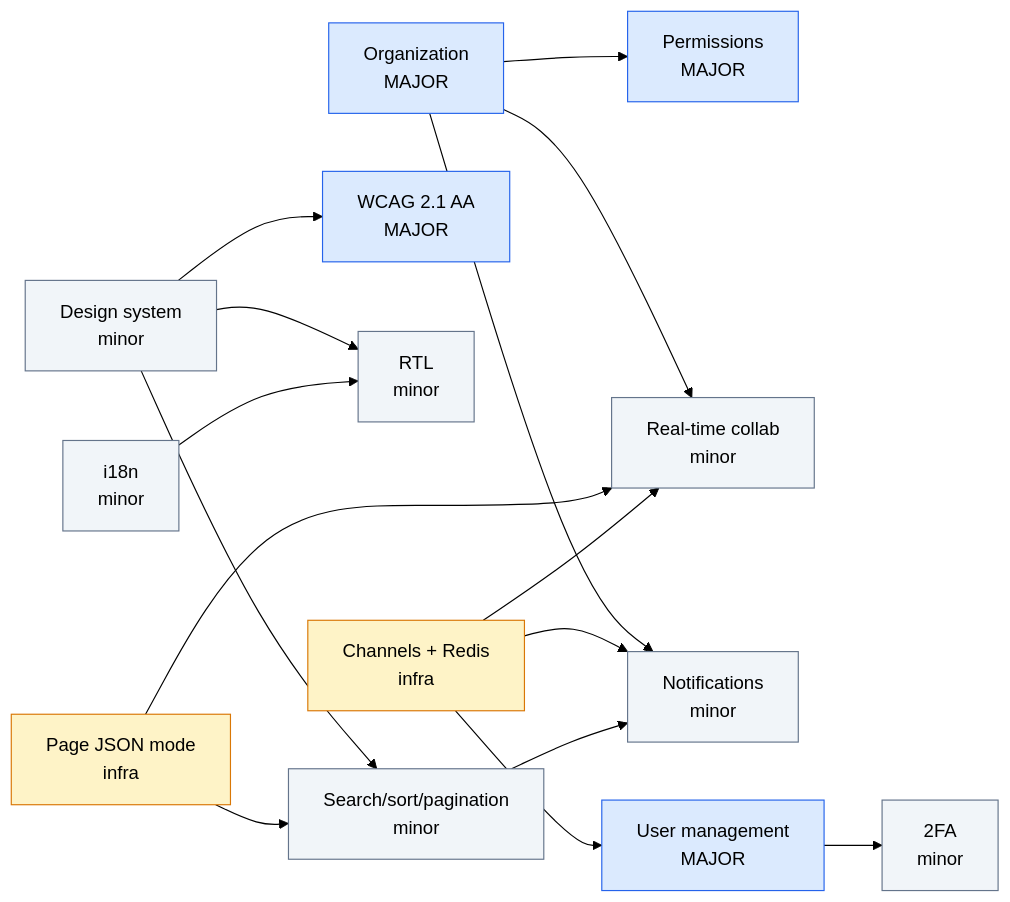
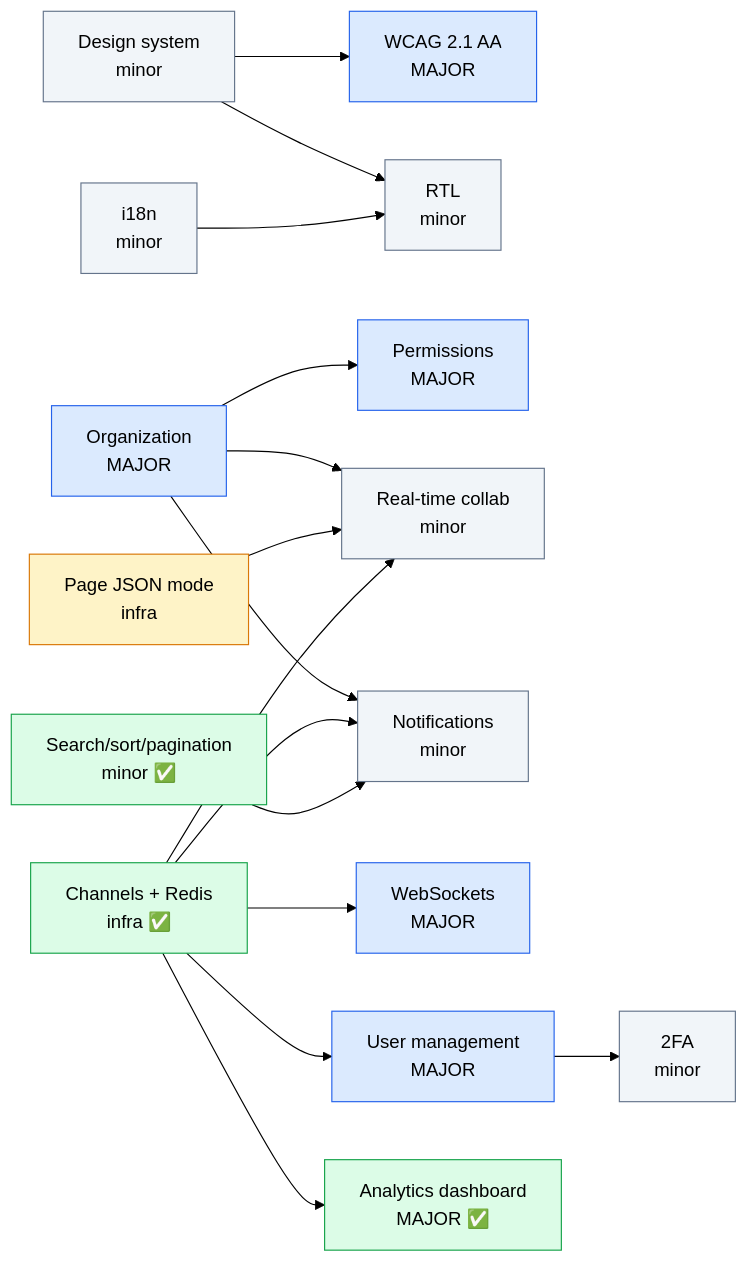
Before and after one commit to DT-sudo/ft_transcendece: the diagram in MODULES_PLAN.md, drawn with Mermaid (forest theme). The commit also changed other lines of this file and 17 other files, not shown here.

````diff
--- a/MODULES_PLAN.md
+++ b/MODULES_PLAN.md
@@ -222,20 +312,21 @@
 ```mermaid
 flowchart LR
-  DS[Design system<br/>minor]:::m --> SEARCH[Search/sort/pagination<br/>minor]:::m
-  DS --> WCAG[WCAG 2.1 AA<br/>MAJOR]:::M
+  DS[Design system<br/>minor]:::m --> WCAG[WCAG 2.1 AA<br/>MAJOR]:::M
   DS --> RTL[RTL<br/>minor]:::m
   I18N[i18n<br/>minor]:::m --> RTL
   ORG[Organization<br/>MAJOR]:::M --> PERM[Permissions<br/>MAJOR]:::M
   ORG --> RT[Real-time collab<br/>minor]:::m
   ORG --> NOTIF[Notifications<br/>minor]:::m
-  JSON[Page JSON mode<br/>infra]:::i --> SEARCH
-  JSON --> RT
-  WS[Channels + Redis<br/>infra]:::i --> RT
+  JSON[Page JSON mode<br/>infra]:::i --> RT
+  WS[Channels + Redis<br/>infra ✅]:::d --> RT
+  WS --> WSM[WebSockets<br/>MAJOR]:::M
   WS --> NOTIF
   WS --> UM[User management<br/>MAJOR]:::M
   UM --> TFA[2FA<br/>minor]:::m
-  SEARCH --> NOTIF
+  SEARCH[Search/sort/pagination<br/>minor ✅]:::d --> NOTIF
+  WS --> ANA[Analytics dashboard<br/>MAJOR ✅]:::d
   classDef M fill:#dbeafe,stroke:#2563eb;
   classDef m fill:#f1f5f9,stroke:#64748b;
   classDef i fill:#fef3c7,stroke:#d97706;
+  classDef d fill:#dcfce7,stroke:#16a34a;
 ```
````
